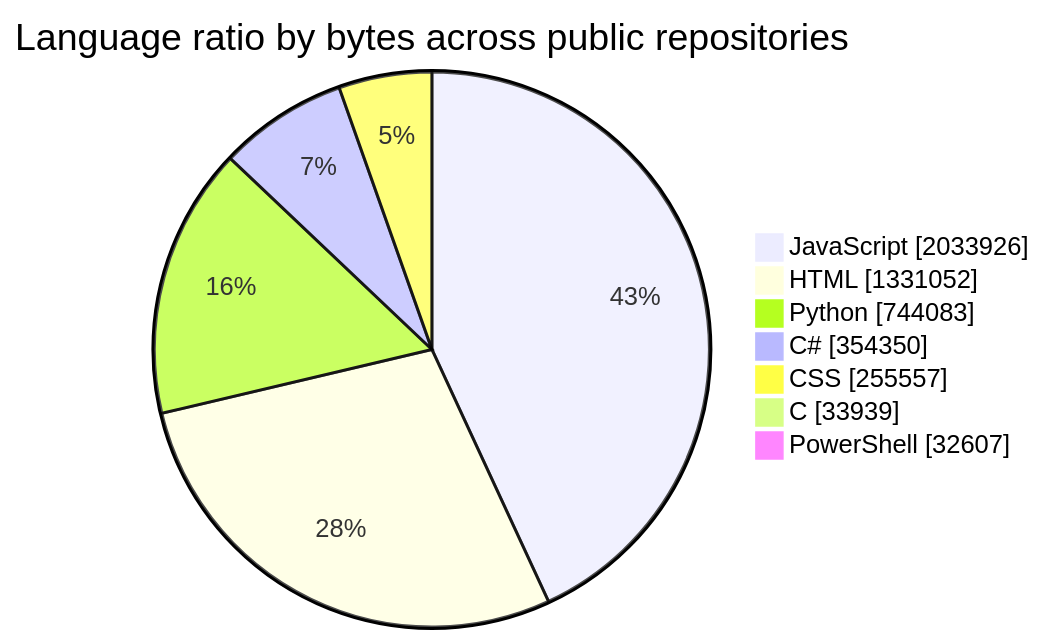
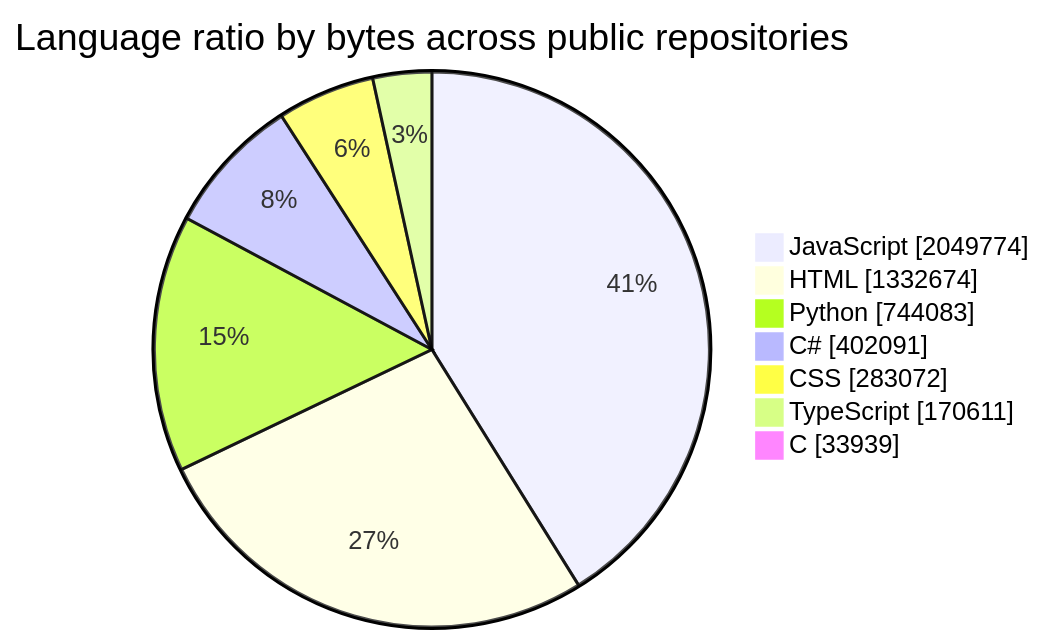
The first of 2 diagrams in README.md (tchinso/tchinso), drawn with Mermaid before and after one commit. The commit also changed other lines of this file, not shown here.

````diff
--- a/README.md
+++ b/README.md
@@ -24,11 +24,11 @@
 ```mermaid
 pie showData
     title Language ratio by bytes across public repositories
-    "JavaScript" : 2033926
-    "HTML" : 1331052
+    "JavaScript" : 2049774
+    "HTML" : 1332674
     "Python" : 744083
-    "C#" : 354350
-    "CSS" : 255557
+    "C#" : 402091
+    "CSS" : 283072
+    "TypeScript" : 170611
     "C" : 33939
-    "PowerShell" : 32607
 ```
````
